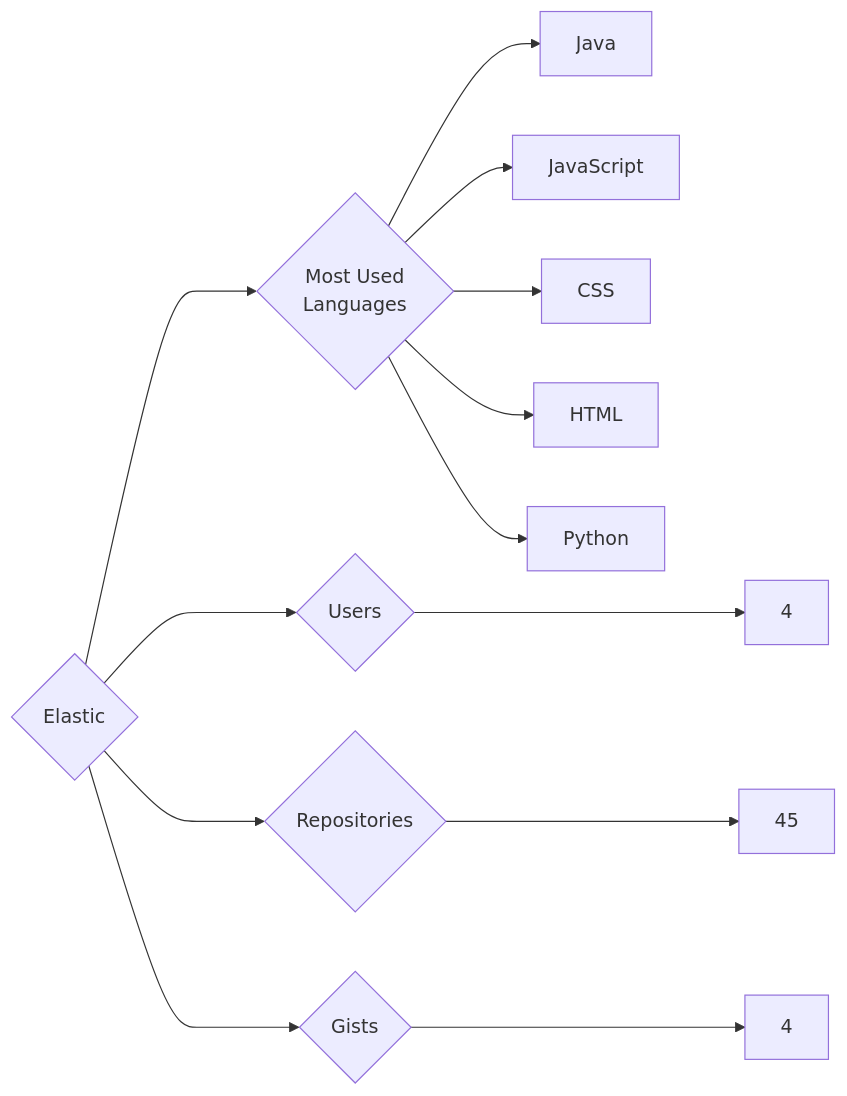
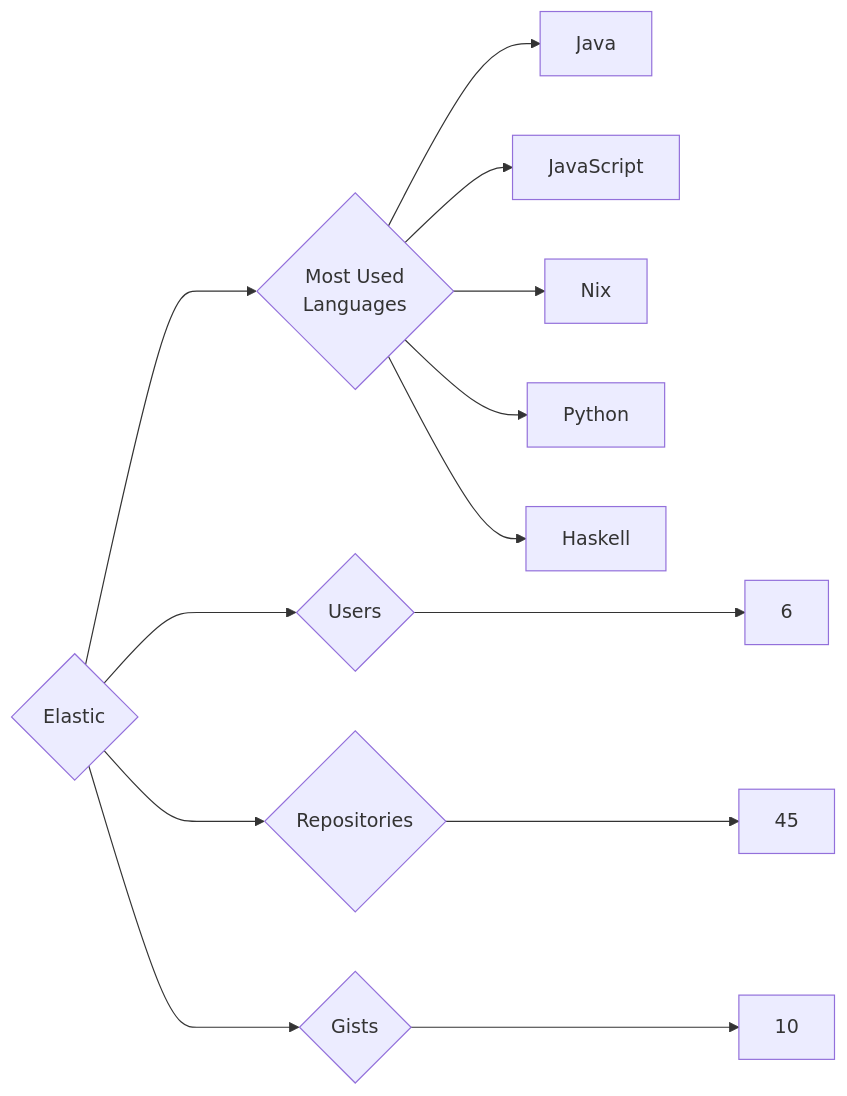
One commit to trickest/insiders changed the diagram in targets/Elastic/README.md. Above: the diagram before and after it, drawn with Mermaid. The commit also changed 997 other files, not shown here.

````diff
--- a/targets/Elastic/README.md
+++ b/targets/Elastic/README.md
@@ -3,13 +3,13 @@
 ```mermaid
 graph LR
 COMPANY_NAME{Elastic}
-COMPANY_NAME ---> U{Users} ---> UN[4]
+COMPANY_NAME ---> U{Users} ---> UN[6]
 COMPANY_NAME ---> R{Repositories} ---> RN[45]
-COMPANY_NAME ---> G{Gists} ---> GN[4]
+COMPANY_NAME ---> G{Gists} ---> GN[10]
 COMPANY_NAME ---> ML{Most Used<br>Languages}
 ML --> Java[Java]
 ML --> JavaScript[JavaScript]
-ML --> CSS[CSS]
-ML --> HTML[HTML]
+ML --> Nix[Nix]
 ML --> Python[Python]
+ML --> Haskell[Haskell]
 ```
````
